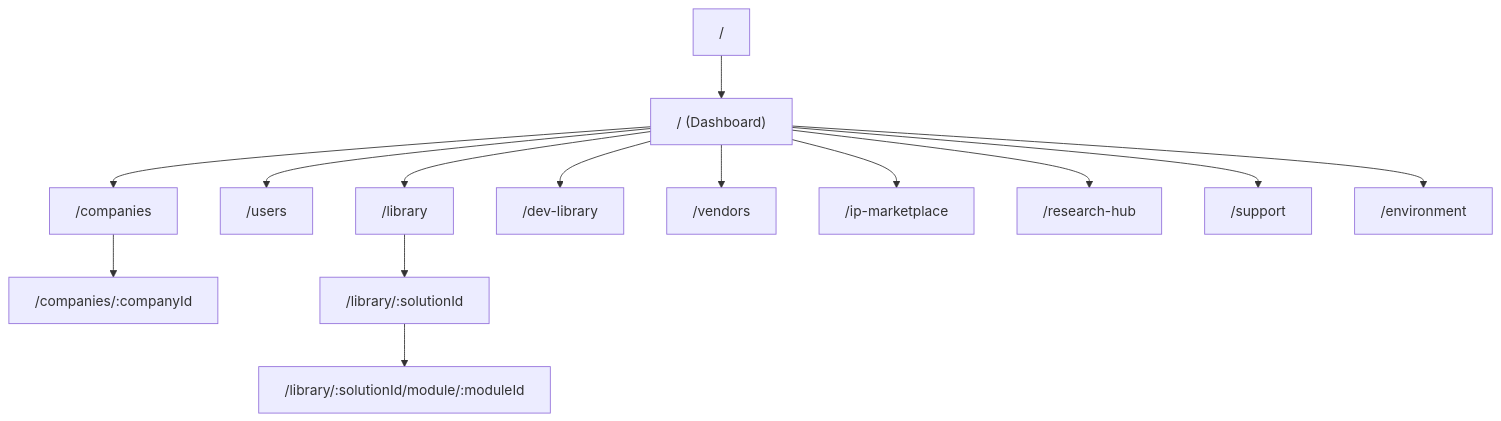
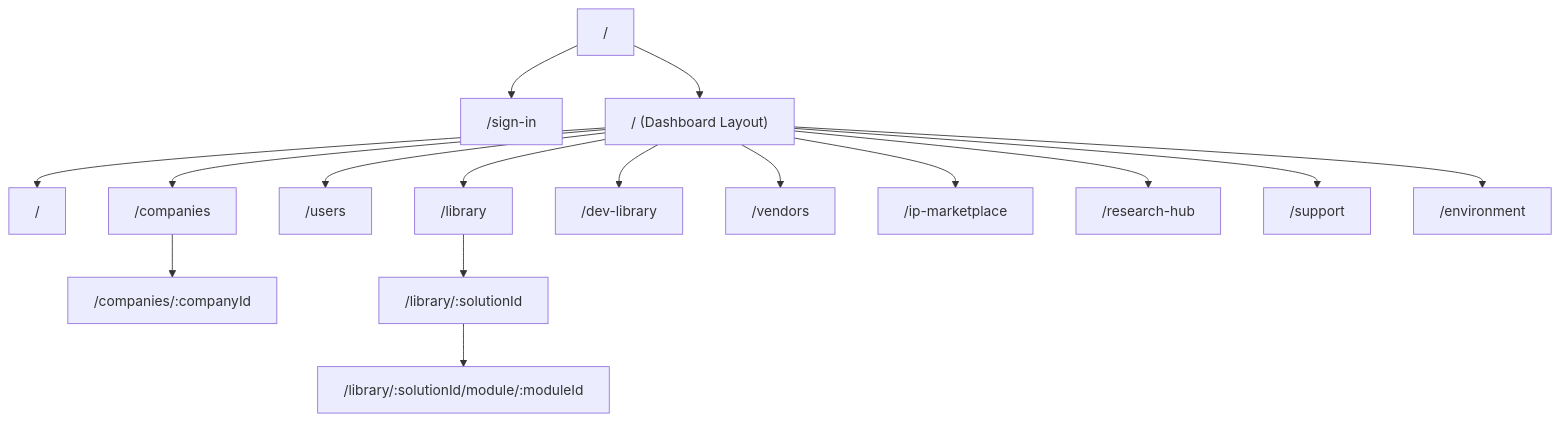
One commit to effinrich/rh-nx-monorepo changed the seventh of 8 diagrams in .qoder/repowiki/en/content/Frontend Applications/Portal Application/Portal Application.md. Above: the diagram before and after it, drawn with Mermaid. The commit also changed other lines of this file and 130 other files, not shown here.

````diff
--- a/.qoder/repowiki/en/content/Frontend Applications/Portal Application/Portal Application.md
+++ b/.qoder/repowiki/en/content/Frontend Applications/Portal Application/Portal Application.md
@@ -288,16 +457,18 @@
 ```mermaid
 flowchart TD
-Root["/"] --> Dashboard["/ (Dashboard)"]
+Root["/"] --> SignIn["/sign-in"]
+Root --> Dashboard["/ (Dashboard Layout)"]
+Dashboard --> Home["/"]
 Dashboard --> Companies["/companies"]
 Dashboard --> Users["/users"]
 Dashboard --> Library["/library"]
 Dashboard --> DevLibrary["/dev-library"]
 Dashboard --> Vendors["/vendors"]
 Dashboard --> IpMarketplace["/ip-marketplace"]
 Dashboard --> ResearchHub["/research-hub"]
 Dashboard --> Support["/support"]
 Dashboard --> Environment["/environment"]
 Companies --> CompanyDetails["/companies/:companyId"]
 Library --> Solution["/library/:solutionId"]
 Solution --> Module["/library/:solutionId/module/:moduleId"]
 ```
````
